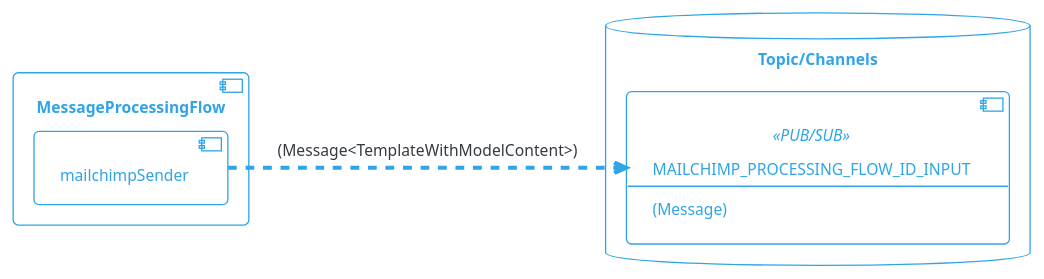
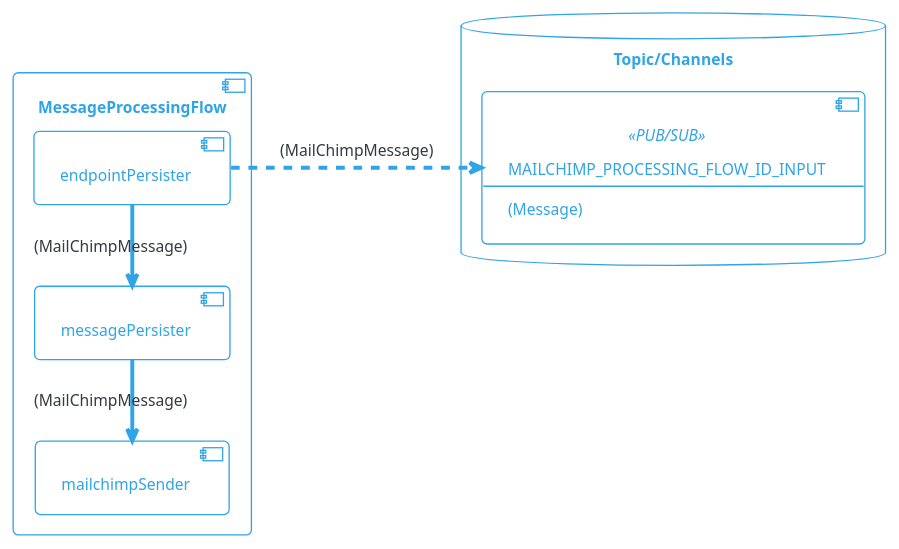
One commit to com-obj/notiflow changed the diagram in docs/diagrams/src/mailchimp-processing-flow.puml. Above: the diagram before and after it, drawn with PlantUML. The commit also changed 2 other files, not shown here.

Commit message:
update flow diagrams

```diff
--- a/docs/diagrams/src/mailchimp-processing-flow.puml
+++ b/docs/diagrams/src/mailchimp-processing-flow.puml
@@ -1,30 +1,34 @@
 @startuml
 
 !theme cerulean-outline
 
 left to right direction
 
 skinparam backgroundcolor White
 skinparam component {
     backgroundColor<<user defined>> LightGray
 }
 
 
 database "Topic/Channels" {
     component MAILCHIMP_PROCESSING_FLOW_ID_INPUT<<PUB/SUB>>[
         MAILCHIMP_PROCESSING_FLOW_ID_INPUT
         --
         (Message)
     ]
 
 }
 
 component "MessageProcessingFlow" {
+    [endpointPersister]
+    [messagePersister]
     [mailchimpSender]    
 
-    mailchimpSender ..> MAILCHIMP_PROCESSING_FLOW_ID_INPUT : (Message<TemplateWithModelContent>) 
+    endpointPersister -l-> messagePersister: (MailChimpMessage)
+    messagePersister -l-> mailchimpSender: (MailChimpMessage)
+    endpointPersister ..> MAILCHIMP_PROCESSING_FLOW_ID_INPUT : (MailChimpMessage) 
 
 }
 
 
 @enduml
```
